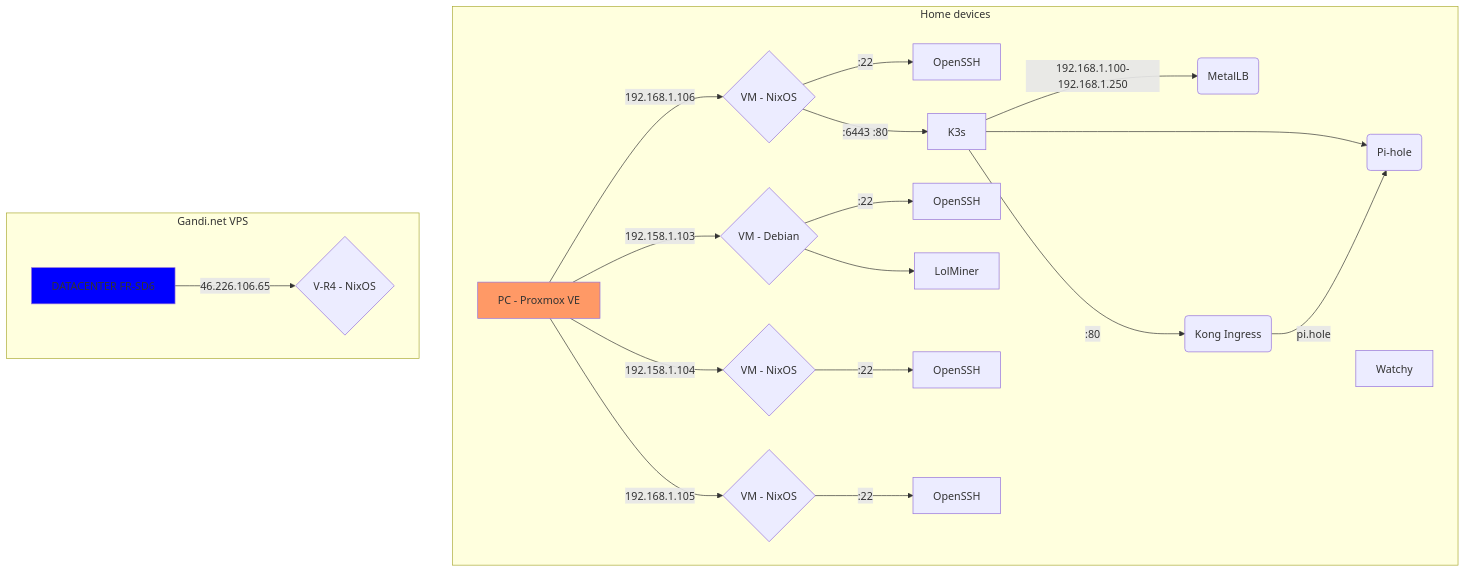
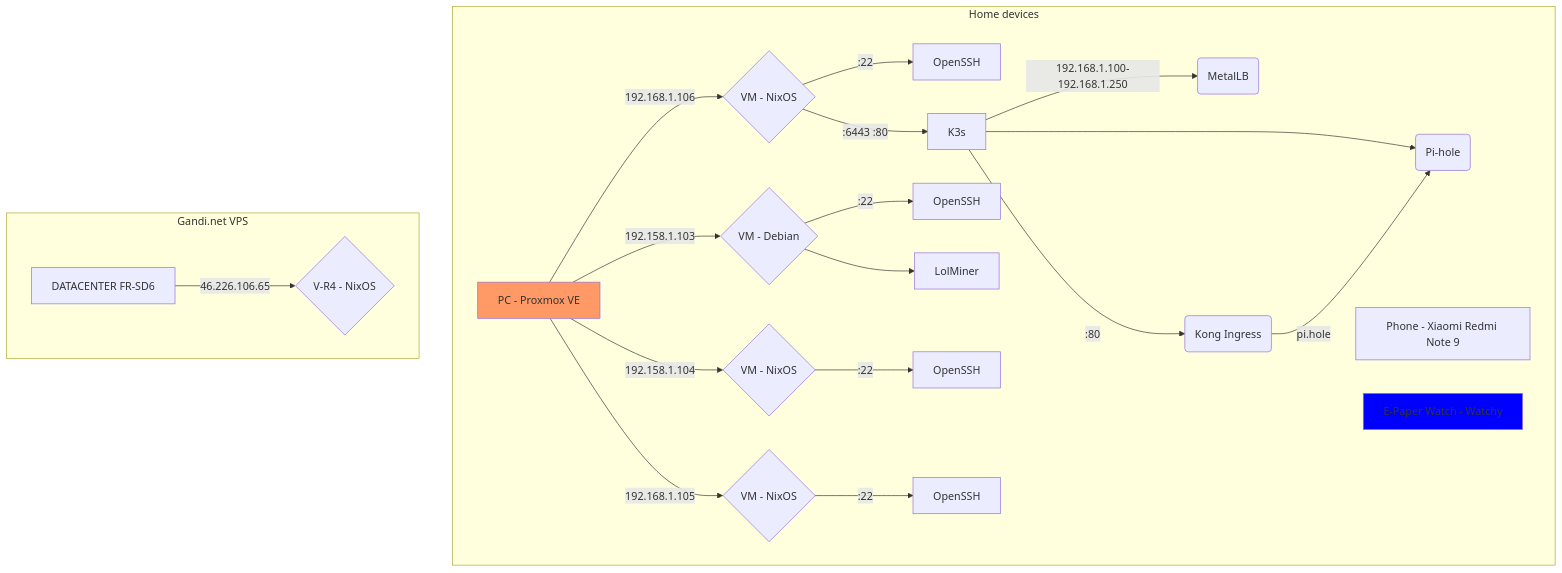
The diagram in homelab/README.md (portothree/dotfiles), drawn with Mermaid before and after one commit.

Commit message:
docs: update diagram

````diff
--- a/homelab/README.md
+++ b/homelab/README.md
@@ -6,35 +6,36 @@
 ```mermaid
 graph TD
 	subgraph Home devices
 		A[PC - Proxmox VE] -->|192.168.1.106| 100{VM - NixOS};
 		100 -->|:22| 100_ssh[OpenSSH];
 		100 -->|:6443 :80| K3s[K3s];
 		K3s -->|192.168.1.100-192.168.1.250| MetalLB(MetalLB);
 		click MetalLB "https://metallb.org" _blank
 		K3s -->|:80| Kong(Kong Ingress);
 		K3s --> Pi-hole(Pi-hole);
 		Kong -->|pi.hole| Pi-hole;
 		
 		A -->|192.158.1.103| 102{VM - Debian};
 		102 -->|:22| 102_ssh[OpenSSH];
 		102 --> lolminer[LolMiner];
 		
 		A -->|192.158.1.104| 103{VM - NixOS};
 		103 -->|:22| 103_ssh[OpenSSH];
 		
 		A -->|192.168.1.105| 104{VM - NixOS};
 		104 -->|:22| 104_ssh[OpenSSH];
 		
 		
-		B[Watchy]
+		B[Phone - Xiaomi Redmi Note 9]
+		C[E-Paper Watch - Watchy]
 	end
 	
 	subgraph Gandi.net VPS 
-		C[DATACENTER FR-SD6] -->|46.226.106.65| Tosh{V-R4 - NixOS};	
+		A1[DATACENTER FR-SD6] -->|46.226.106.65| Tosh{V-R4 - NixOS};	
 	end
 	
 	classDef orange fill:#f96;
 	classDef blue	fill:#00f;
 	class A orange
 	class C blue
 ```
````
